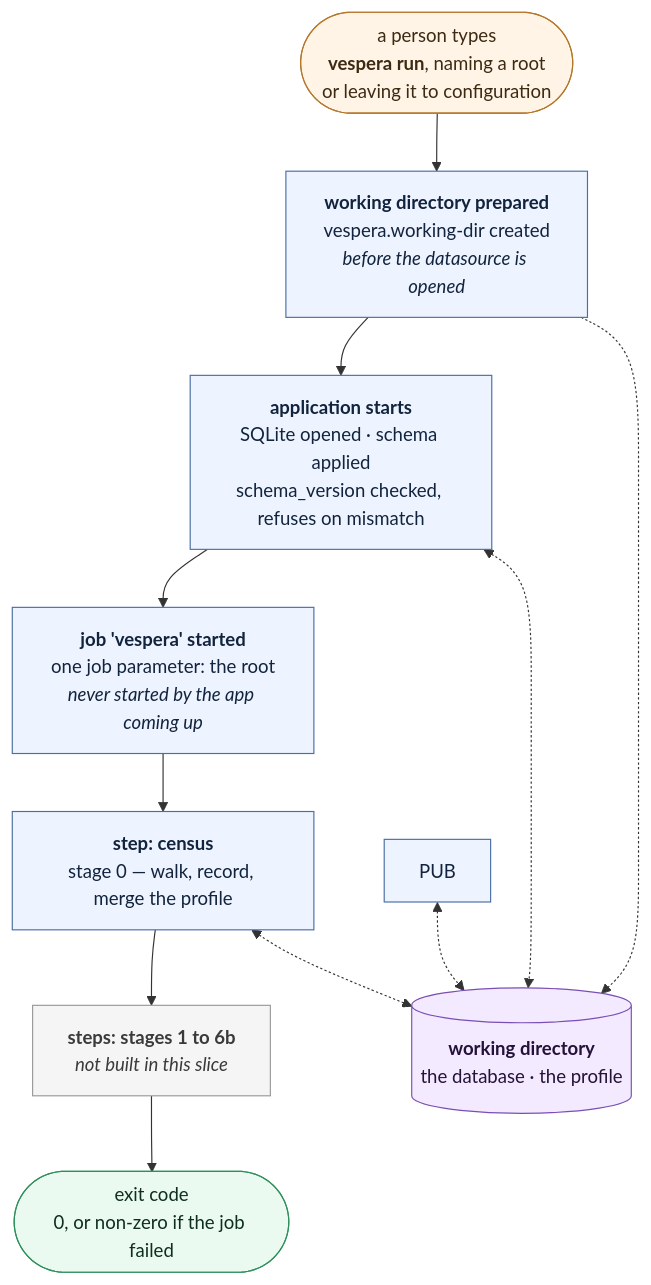
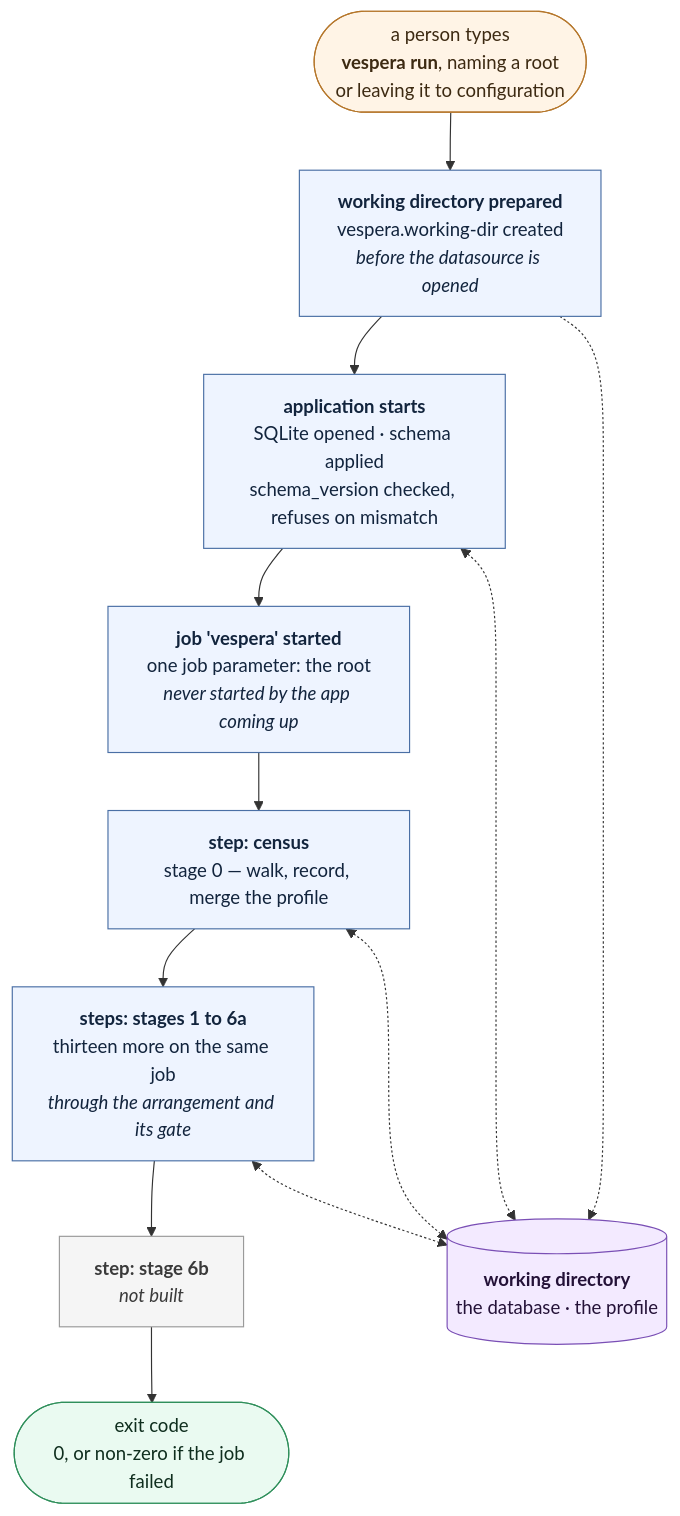
One commit to algernon28/vespera changed the fifth of 6 diagrams in docs/architecture.md. Above: the diagram before and after it, drawn with Mermaid. The commit also changed other lines of this file and 61 other files, not shown here.

````diff
--- a/docs/architecture.md
+++ b/docs/architecture.md
@@ -244,31 +244,32 @@
 ```mermaid
 flowchart TD
     OP(["a person types<br/><b>vespera run</b>, naming a root<br/>or leaving it to configuration"])
     PREP["<b>working directory prepared</b><br/>vespera.working-dir created<br/><i>before the datasource is opened</i>"]
     BOOT["<b>application starts</b><br/>SQLite opened · schema applied<br/>schema_version checked, refuses on mismatch"]
     JOB["<b>job 'vespera' started</b><br/>one job parameter: the root<br/><i>never started by the app coming up</i>"]
     S0["<b>step: census</b><br/>stage 0 — walk, record, merge the profile"]
-    LATER["<b>steps: stages 1 to 6b</b><br/><i>not built in this slice</i>"]
+    LATER["<b>steps: stages 1 to 6a</b><br/>thirteen more on the same job<br/><i>through the arrangement and its gate</i>"]
+    S6BSTEP["<b>step: stage 6b</b><br/><i>not built</i>"]
     EXIT(["exit code<br/>0, or non-zero if the job failed"])
 
 
     STORE[("<b>working directory</b><br/>the database · the profile")]
 
-    OP --> PREP --> BOOT --> JOB --> S0 --> LATER --> EXIT
+    OP --> PREP --> BOOT --> JOB --> S0 --> LATER --> S6BSTEP --> EXIT
 
     PREP -.-> STORE
     BOOT <-.-> STORE
     S0 <-.-> STORE
-    PUB <-.-> STORE
+    LATER <-.-> STORE
 
     classDef human fill:#fff4e6,stroke:#b5762a,color:#3d2a12
     classDef step fill:#eef4ff,stroke:#4a6fa5,color:#12243d
     classDef later fill:#f5f5f5,stroke:#9a9a9a,color:#3a3a3a
     classDef store fill:#f3eaff,stroke:#7a4fb5,color:#241238
     classDef out fill:#eafaf1,stroke:#2f8f5b,color:#0f2e1e
     class OP human
-    class PREP,BOOT,JOB,S0,PUB step
-    class LATER later
+    class PREP,BOOT,JOB,S0,LATER step
+    class S6BSTEP later
     class STORE store
     class EXIT out
 ```
````
